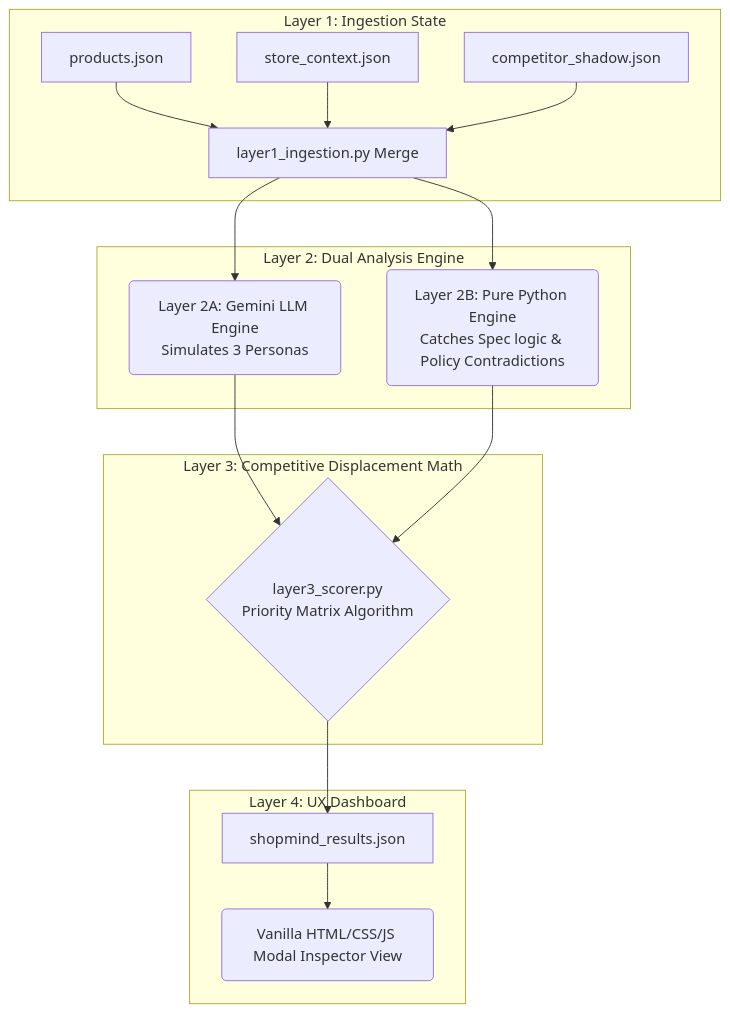
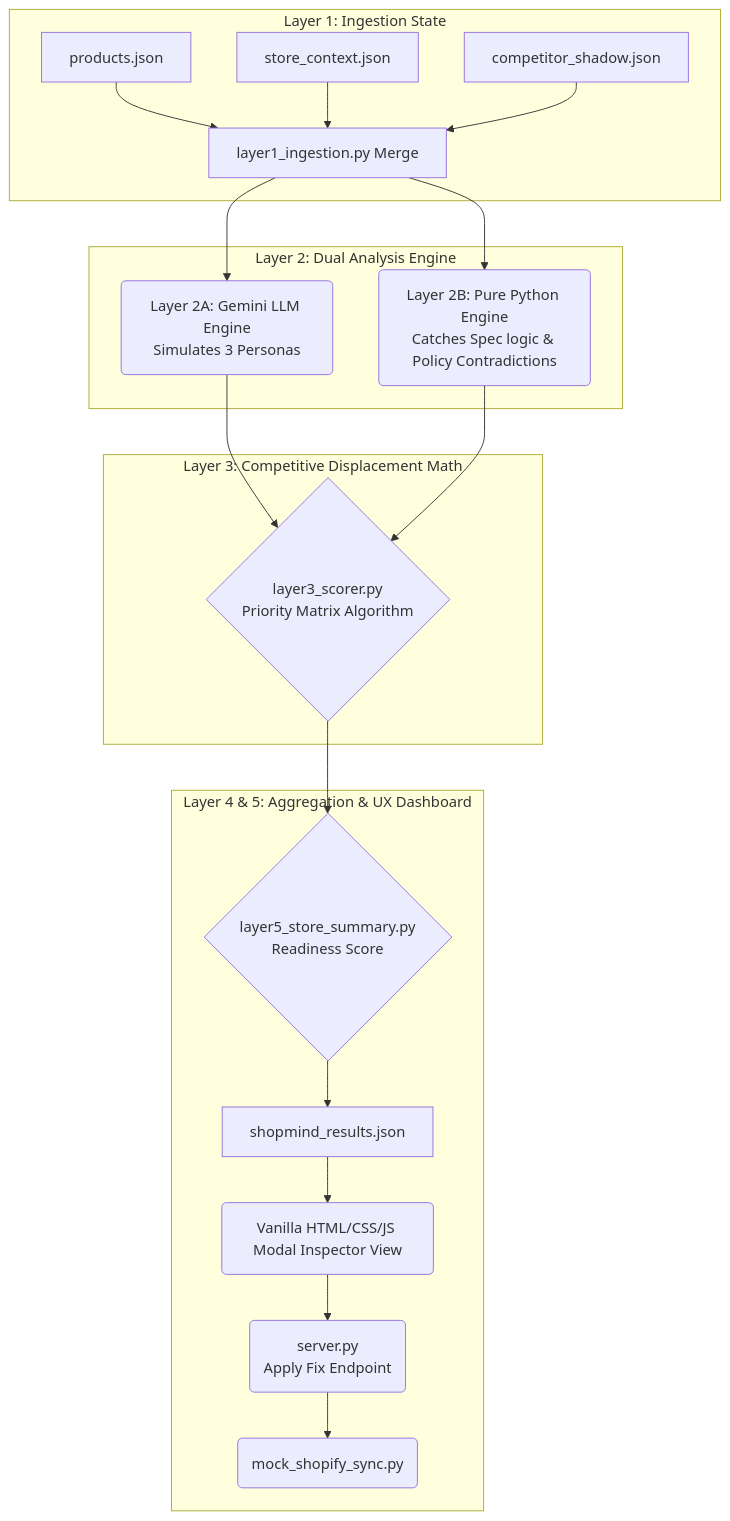
Before and after one commit to ShreevatsaKothwal/clarity-commerce: the diagram in ARCHITECTURE.md, drawn with Mermaid. The commit also changed other lines of this file and 17 other files, not shown here.

````diff
--- a/ARCHITECTURE.md
+++ b/ARCHITECTURE.md
@@ -6,23 +6,26 @@
 ```mermaid
 flowchart TD
     subgraph Layer 1: Ingestion State
     A[products.json] --> Ingest[layer1_ingestion.py Merge]
     B[store_context.json] --> Ingest
     C[competitor_shadow.json] --> Ingest
     end
 
     subgraph Layer 2: Dual Analysis Engine
     Ingest --> L2A(Layer 2A: Gemini LLM Engine<br>Simulates 3 Personas)
     Ingest --> L2B(Layer 2B: Pure Python Engine<br>Catches Spec logic & Policy Contradictions)
     end
 
     subgraph Layer 3: Competitive Displacement Math
     L2A --> Scorer{layer3_scorer.py<br>Priority Matrix Algorithm}
     L2B --> Scorer
     end
 
-    subgraph Layer 4: UX Dashboard
-    Scorer --> JSON[shopmind_results.json]
+    subgraph Layer 4 & 5: Aggregation & UX Dashboard
+    Scorer --> Aggregator{layer5_store_summary.py<br>Readiness Score}
+    Aggregator --> JSON[shopmind_results.json]
     JSON --> UI(Vanilla HTML/CSS/JS Modal Inspector View)
+    UI --> Server(server.py<br>Apply Fix Endpoint)
+    Server --> Sync(mock_shopify_sync.py)
     end
 ```
````
